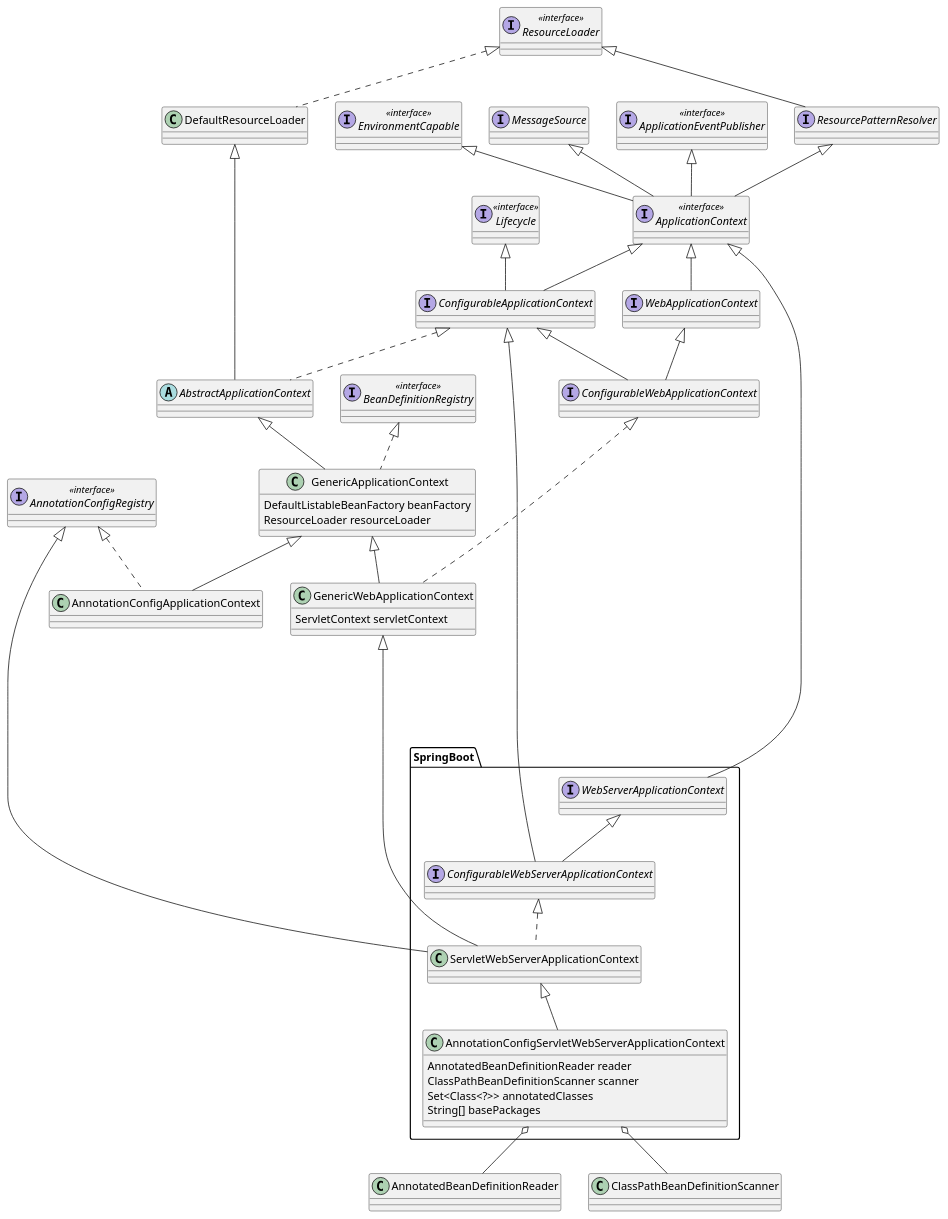
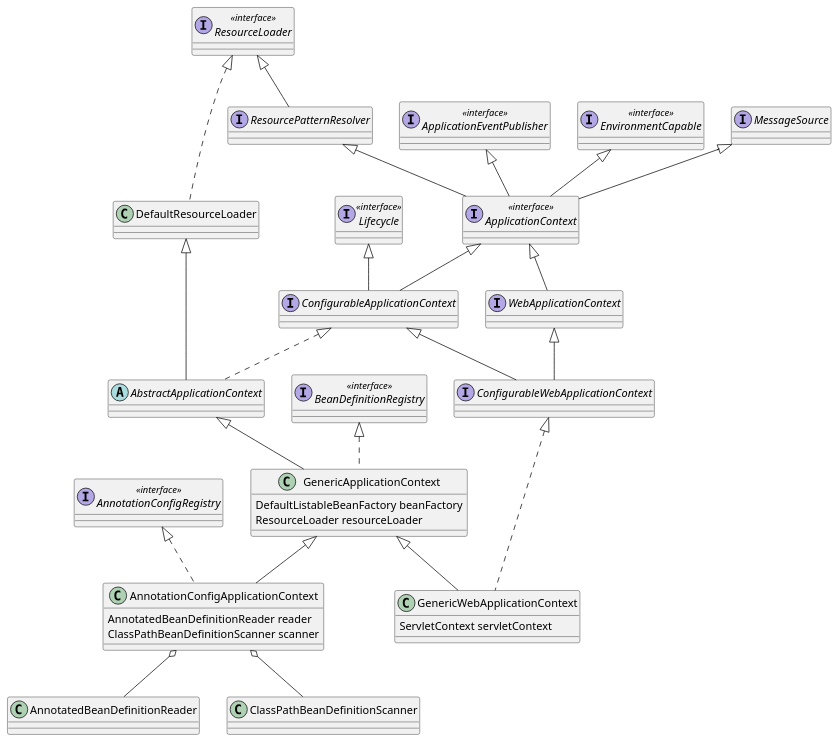
The third of 12 diagrams in content/post/java/spring/spring-core-container/index.md (kevinwang930/kevinwang930.github.io), drawn with PlantUML before and after one commit. The commit also changed other lines of this file and 2 other files, not shown here.

````diff
--- a/content/post/java/spring/spring-core-container/index.md
+++ b/content/post/java/spring/spring-core-container/index.md
@@ -312,62 +102,46 @@
 ```plantuml
 @startuml
 
 
 interface AnnotationConfigRegistry << interface >>
 interface ApplicationContext << interface >>
 interface ApplicationEventPublisher << interface >>
 interface BeanDefinitionRegistry << interface >>
 
 interface ConfigurableApplicationContext extends ApplicationContext, Lifecycle
 interface ConfigurableWebApplicationContext extends WebApplicationContext, ConfigurableApplicationContext
 
 abstract class AbstractApplicationContext extends DefaultResourceLoader implements ConfigurableApplicationContext
 class DefaultResourceLoader implements ResourceLoader
 interface EnvironmentCapable << interface >>
 class GenericApplicationContext extends AbstractApplicationContext implements BeanDefinitionRegistry {
     DefaultListableBeanFactory beanFactory
     ResourceLoader resourceLoader
 }
 
 
 class GenericWebApplicationContext extends GenericApplicationContext implements ConfigurableWebApplicationContext {
     ServletContext servletContext
 }
 interface Lifecycle << interface >>
 interface ResourceLoader << interface >>
 interface ResourcePatternResolver extends ResourceLoader
 
 
 interface ApplicationContext extends EnvironmentCapable,MessageSource, ApplicationEventPublisher, ResourcePatternResolver
 
 interface WebApplicationContext  extends ApplicationContext
-class AnnotationConfigApplicationContext extends GenericApplicationContext implements AnnotationConfigRegistry
-
+class AnnotationConfigApplicationContext extends GenericApplicationContext implements AnnotationConfigRegistry {
+    AnnotatedBeanDefinitionReader reader
+    ClassPathBeanDefinitionScanner scanner
+}
 
 class AnnotatedBeanDefinitionReader
-class ClassPathBeanDefinitionScanner 
+class ClassPathBeanDefinitionScanner
 
-package SpringBoot {
-    
-    interface WebServerApplicationContext 
-    interface ConfigurableWebServerApplicationContext extends  WebServerApplicationContext
-
-    class ServletWebServerApplicationContext implements ConfigurableWebServerApplicationContext
-    class AnnotationConfigServletWebServerApplicationContext extends ServletWebServerApplicationContext {
-        AnnotatedBeanDefinitionReader reader
-        ClassPathBeanDefinitionScanner scanner
-        Set<Class<?>> annotatedClasses
-        String[] basePackages
-    }
-}
-  
-ApplicationContext <|-------- WebServerApplicationContext
-GenericWebApplicationContext <|-- ServletWebServerApplicationContext
-ConfigurableApplicationContext <|-- ConfigurableWebServerApplicationContext
-AnnotationConfigRegistry <|-- ServletWebServerApplicationContext
-AnnotationConfigServletWebServerApplicationContext o-- ClassPathBeanDefinitionScanner
-AnnotationConfigServletWebServerApplicationContext o-- AnnotatedBeanDefinitionReader
+AnnotationConfigApplicationContext o-- AnnotatedBeanDefinitionReader
+AnnotationConfigApplicationContext o-- ClassPathBeanDefinitionScanner
 
 @enduml
 
 ```
````
